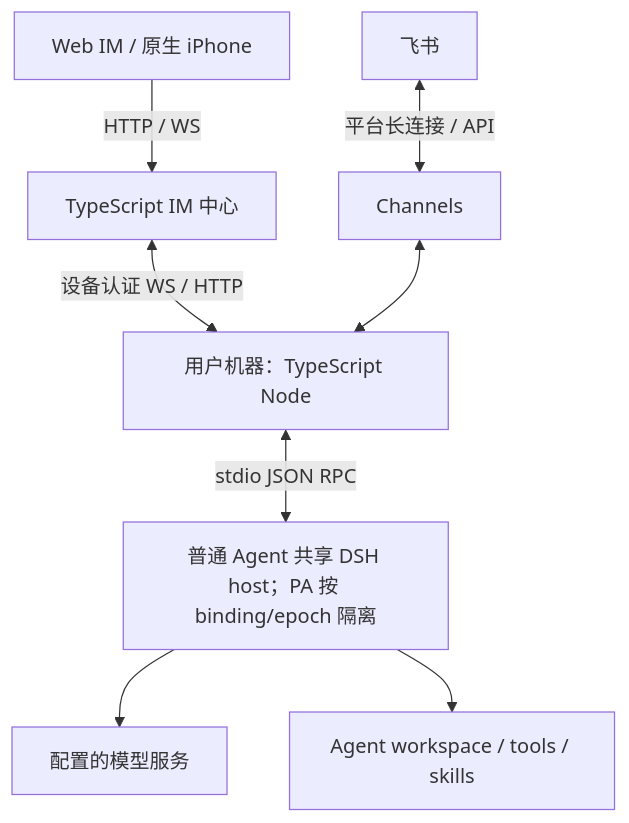
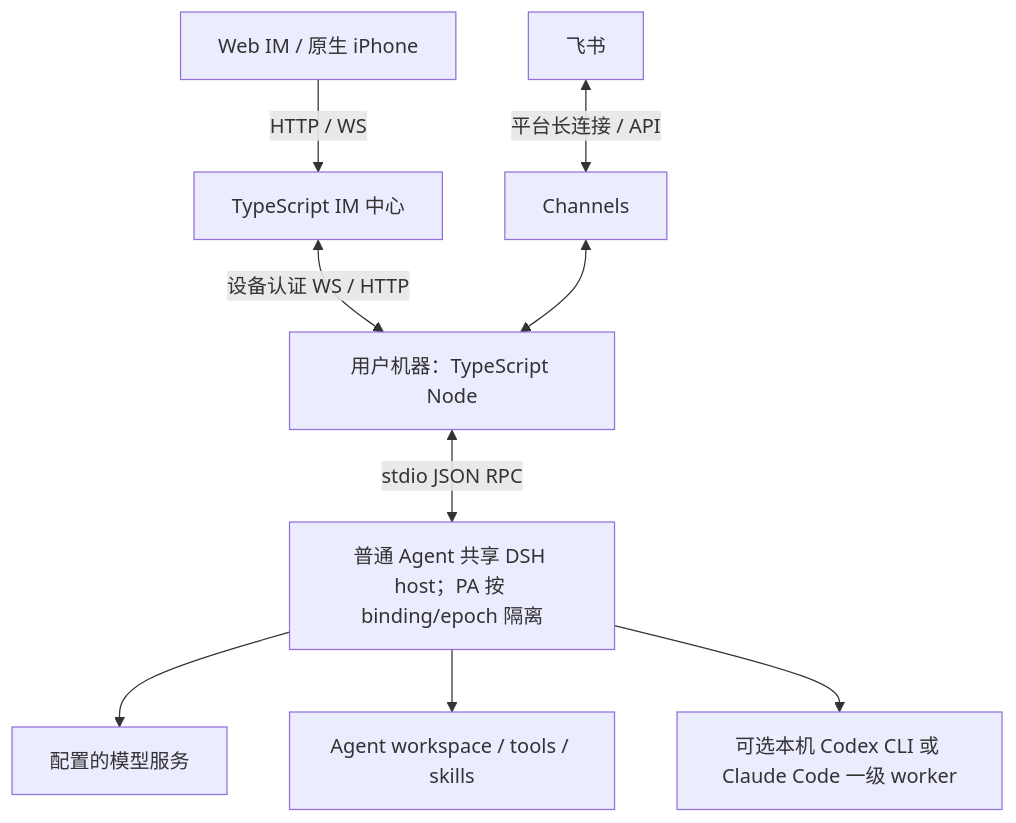
Before and after one commit to Mrchen116/nano-multiagent: the diagram in SPEC.md, drawn with Mermaid. The commit also changed other lines of this file and 23 other files, not shown here.

````diff
--- a/SPEC.md
+++ b/SPEC.md
@@ -15,10 +15,11 @@
 ```mermaid
 flowchart TD
   Web[Web IM / 原生 iPhone] -->|HTTP / WS| IM[TypeScript IM 中心]
   IM <-->|设备认证 WS / HTTP| Node[用户机器：TypeScript Node]
   Feishu[飞书] <-->|平台长连接 / API| Channels[Channels]
   Channels <--> Node
   Node <-->|stdio JSON RPC| DSH[普通 Agent 共享 DSH host；PA 按 binding/epoch 隔离]
   DSH --> LLM[配置的模型服务]
   DSH --> Workspace[Agent workspace / tools / skills]
+  DSH --> CLI[可选本机 Codex CLI 或 Claude Code 一级 worker]
 ```
````
